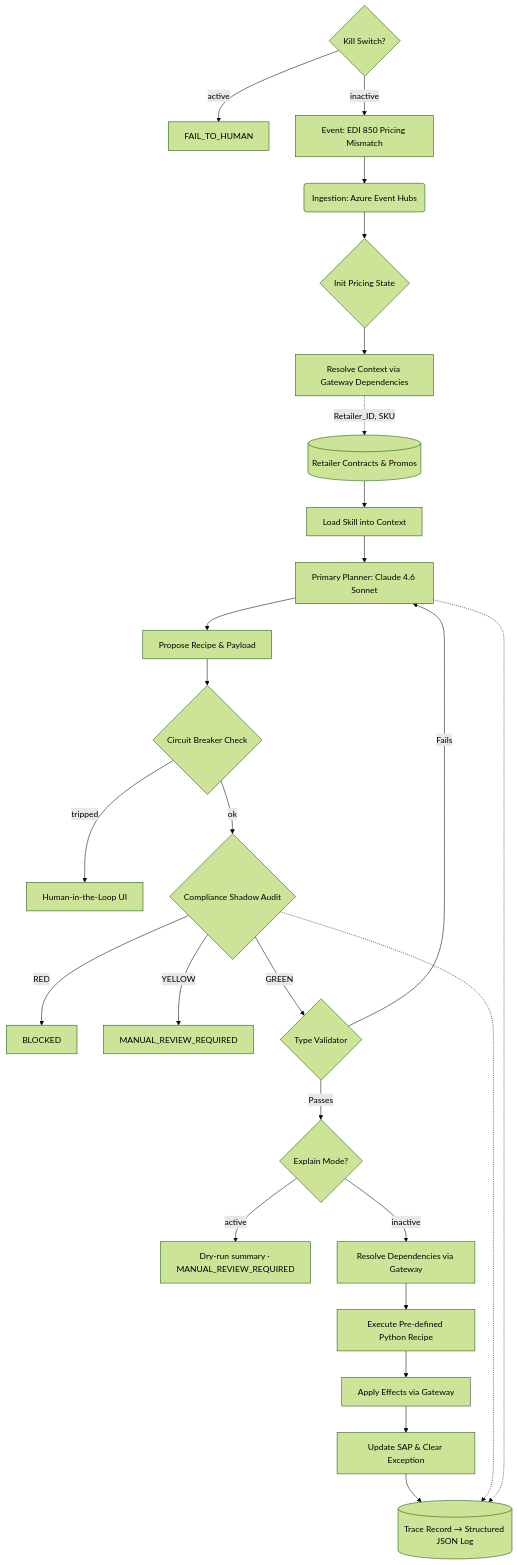
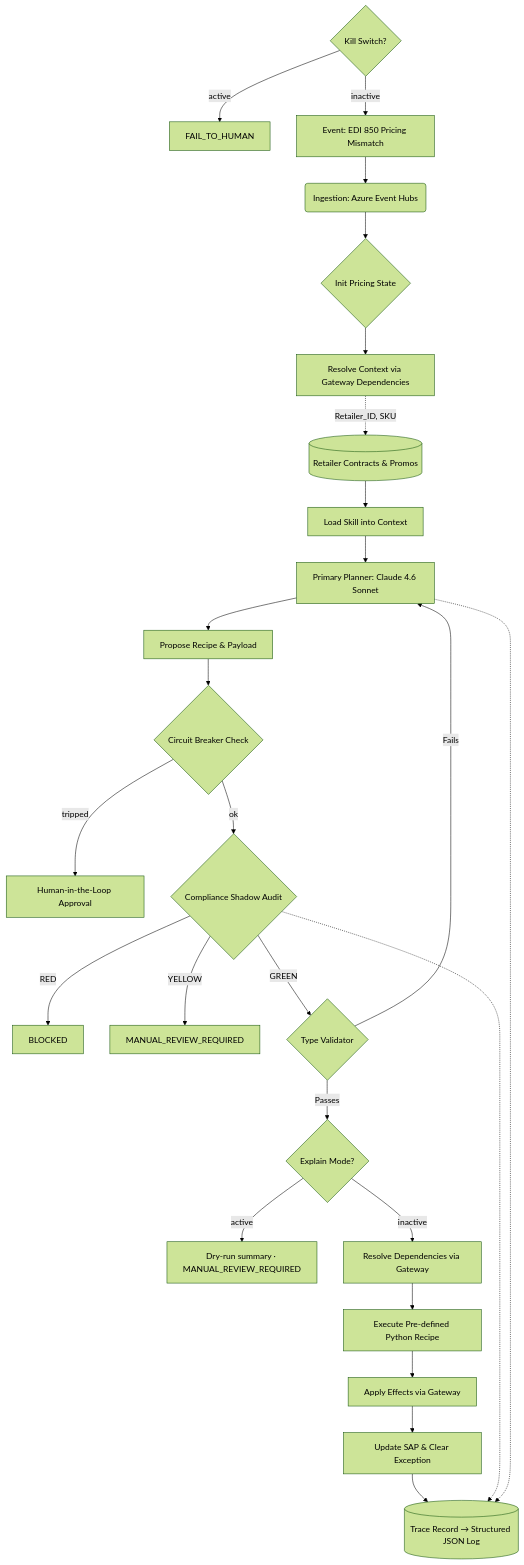
One commit to kumarabhijit/asoe2 changed the fifth of 8 diagrams in architecture_v3.md. Above: the diagram before and after it, drawn with Mermaid (forest theme). The commit also changed other lines of this file, not shown here.

First line of the commit message:
docs: remove UI scope creep from architecture_v3.md

````diff
--- a/architecture_v3.md
+++ b/architecture_v3.md
@@ -645,46 +629,46 @@
 ```mermaid
 graph TD
     %% Entry Guards
     X0{Kill Switch?} -- active --> X1[FAIL_TO_HUMAN]
     X0 -- inactive --> A
 
     %% Ingestion & Setup
     A[Event: EDI 850 Pricing Mismatch] --> B(Ingestion: Azure Event Hubs)
     B --> C{Init Pricing State}
 
     %% Context & Logic Loading
     C --> D[Resolve Context via Gateway Dependencies]
     D -.->|Retailer_ID, SKU| E[(Retailer Contracts & Promos)]
     E --> F[Load Skill into Context]
 
     %% Reasoning (constrained generation)
     F --> G[Primary Planner: Claude 4.6 Sonnet]
     G --> H[Propose Recipe & Payload]
 
     %% Guardrails & Audit
     H --> CB{Circuit Breaker Check}
-    CB -- tripped --> HITL[Human-in-the-Loop UI]
+    CB -- tripped --> HITL[Human-in-the-Loop Approval]
     CB -- ok --> I{Compliance Shadow Audit}
     I -- RED --> BLK[BLOCKED]
     I -- YELLOW --> ESC[MANUAL_REVIEW_REQUIRED]
     I -- GREEN --> J{Type Validator}
     J -- Fails --> G
 
     %% Explain mode gate
     J -- Passes --> EM{Explain Mode?}
     EM -- active --> EX[Dry-run summary · MANUAL_REVIEW_REQUIRED]
     EM -- inactive --> RD
 
     %% Gateway: resolve dependencies
     RD[Resolve Dependencies via Gateway] --> K[Execute Pre-defined Python Recipe]
 
     %% Gateway: apply effects
     K --> AE[Apply Effects via Gateway]
     AE --> N[Update SAP & Clear Exception]
 
     %% Observability
     N --> O[(Trace Record → Structured JSON Log)]
     I -.-> O
     G -.-> O
 
 ```
````
